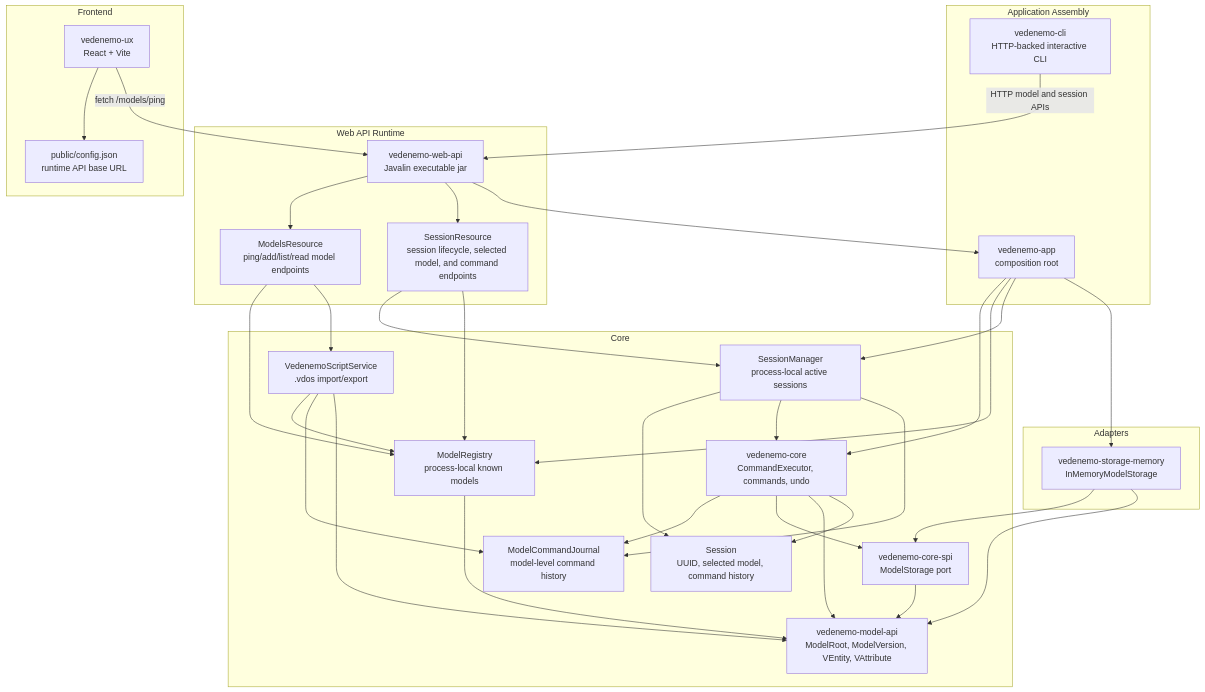
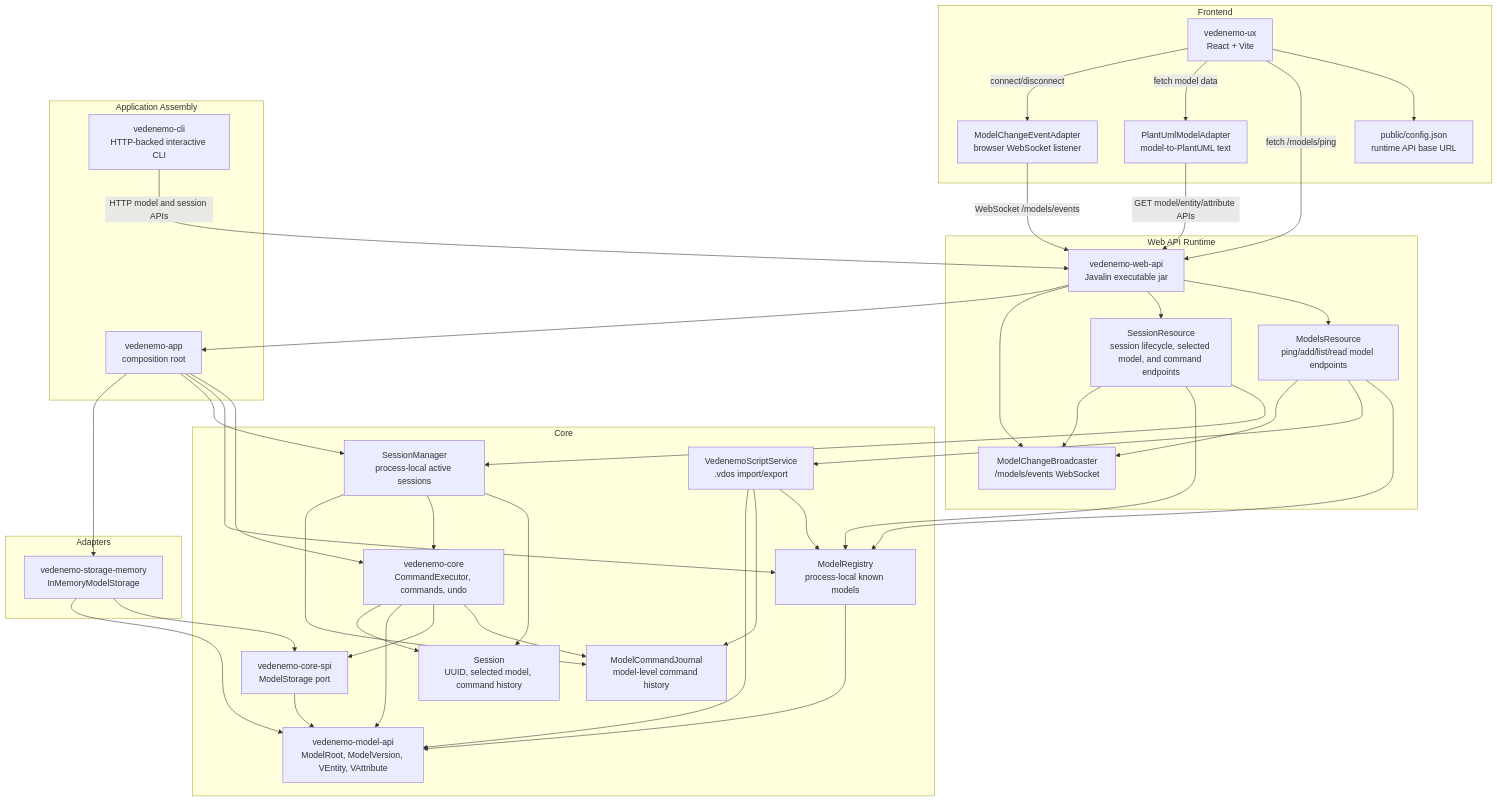
Before and after one commit to VedenemoDev/VedenemoMonorepo: the first of 7 diagrams in docs/architecture_doc.md, drawn with Mermaid. The commit also changed other lines of this file and 12 other files, not shown here.

````diff
--- a/docs/architecture_doc.md
+++ b/docs/architecture_doc.md
@@ -14,63 +14,73 @@
 ```mermaid
 flowchart TB
 
 subgraph UX["Frontend"]
     ViteUX["vedenemo-ux<br/>React + Vite"]
     RuntimeConfig["public/config.json<br/>runtime API base URL"]
+    UXModelEvents["ModelChangeEventAdapter<br/>browser WebSocket listener"]
+    UXPlantUml["PlantUmlModelAdapter<br/>model-to-PlantUML text"]
 end
 
 subgraph Web["Web API Runtime"]
     WebApi["vedenemo-web-api<br/>Javalin executable jar"]
     ModelsResource["ModelsResource<br/>ping/add/list/read model endpoints"]
     SessionResource["SessionResource<br/>session lifecycle, selected model, and command endpoints"]
+    ModelEvents["ModelChangeBroadcaster<br/>/models/events WebSocket"]
 end
 
 subgraph App["Application Assembly"]
     AppRoot["vedenemo-app<br/>composition root"]
     Cli["vedenemo-cli<br/>HTTP-backed interactive CLI"]
 end
 
 subgraph Core["Core"]
     CoreModule["vedenemo-core<br/>CommandExecutor, commands, undo"]
     ScriptService["VedenemoScriptService<br/>.vdos import/export"]
     CommandJournal["ModelCommandJournal<br/>model-level command history"]
     SessionManager["SessionManager<br/>process-local active sessions"]
     Session["Session<br/>UUID, selected model, command history"]
     ModelRegistry["ModelRegistry<br/>process-local known models"]
     Spi["vedenemo-core-spi<br/>ModelStorage port"]
     ModelApi["vedenemo-model-api<br/>ModelRoot, ModelVersion, VEntity, VAttribute"]
 end
 
 subgraph Adapters["Adapters"]
     MemoryStorage["vedenemo-storage-memory<br/>InMemoryModelStorage"]
 end
 
 ViteUX --> RuntimeConfig
 ViteUX -->|fetch /models/ping| WebApi
+ViteUX -->|fetch model data| UXPlantUml
+ViteUX -->|connect/disconnect| UXModelEvents
+UXPlantUml -->|GET model/entity/attribute APIs| WebApi
+UXModelEvents -->|WebSocket /models/events| WebApi
 Cli -->|HTTP model and session APIs| WebApi
 WebApi --> ModelsResource
 WebApi --> SessionResource
+WebApi --> ModelEvents
 WebApi --> AppRoot
 ModelsResource --> ModelRegistry
 ModelsResource --> ScriptService
+ModelsResource --> ModelEvents
 SessionResource --> SessionManager
 SessionResource --> ModelRegistry
+SessionResource --> ModelEvents
 AppRoot --> CoreModule
 AppRoot --> ModelRegistry
 AppRoot --> SessionManager
 AppRoot --> MemoryStorage
 SessionManager --> Session
 SessionManager --> CoreModule
 SessionManager --> CommandJournal
 CoreModule --> CommandJournal
 ScriptService --> ModelRegistry
 ScriptService --> CommandJournal
 ScriptService --> ModelApi
 ModelRegistry --> ModelApi
 CoreModule --> Spi
 CoreModule --> ModelApi
 CoreModule --> Session
 Spi --> ModelApi
 MemoryStorage --> Spi
 MemoryStorage --> ModelApi
 ```
````
